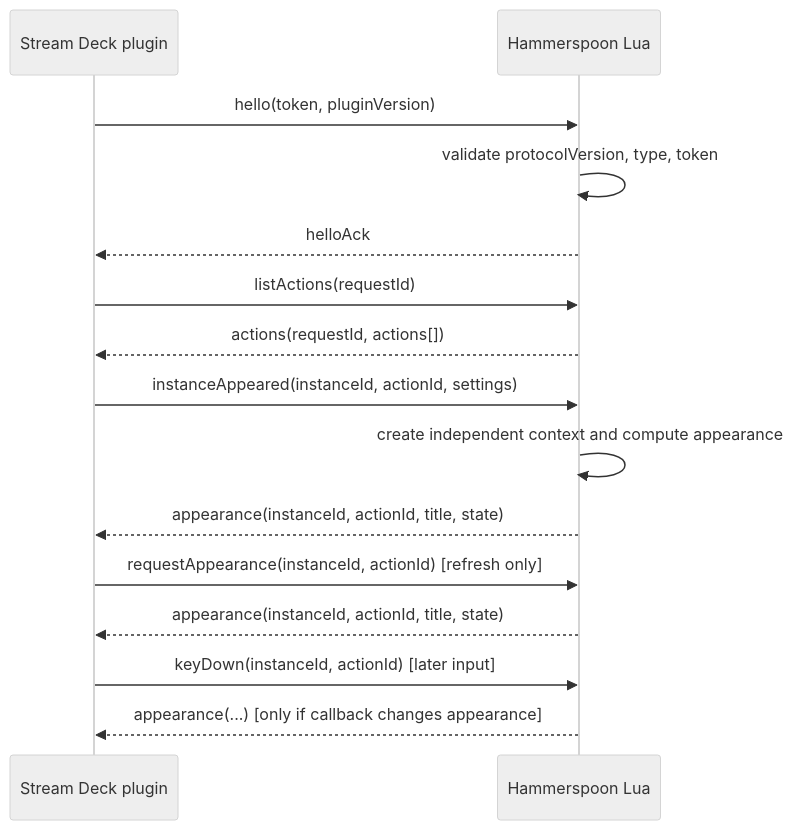
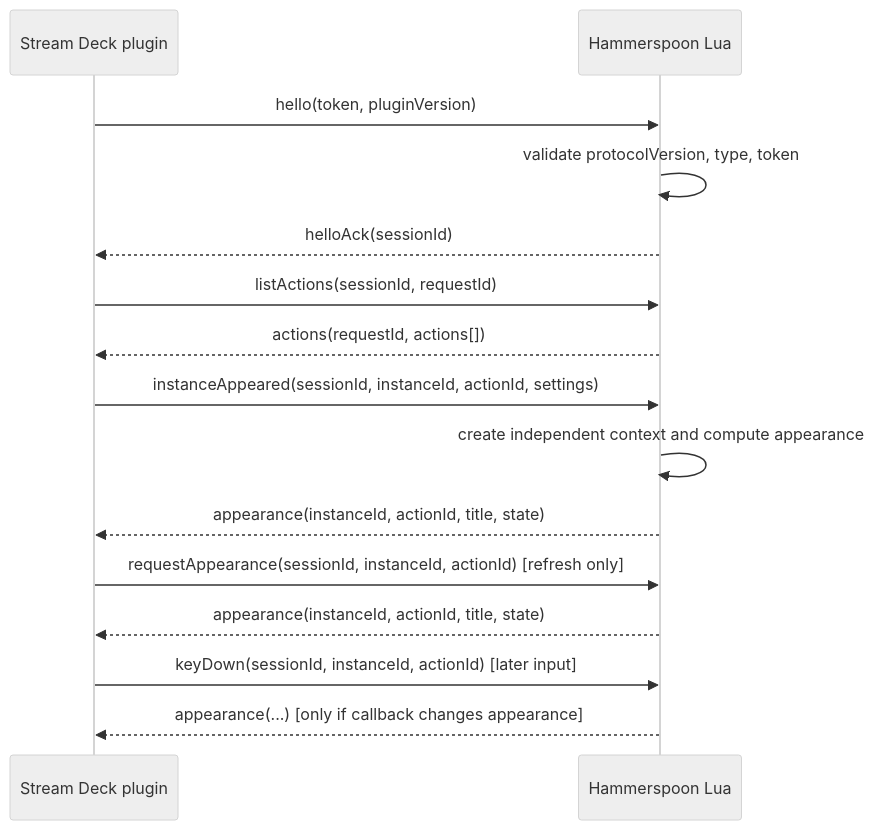
One commit to brettinternet/stream-deck-hammerspoon changed the second of 3 diagrams in docs/protocol.md. Above: the diagram before and after it, drawn with Mermaid (neutral theme). The commit also changed other lines of this file and 22 other files, not shown here.

````diff
--- a/docs/protocol.md
+++ b/docs/protocol.md
@@ -273,17 +281,17 @@
 ```mermaid
 sequenceDiagram
     participant P as Stream Deck plugin
     participant L as Hammerspoon Lua
     P->>L: hello(token, pluginVersion)
     L->>L: validate protocolVersion, type, token
-    L-->>P: helloAck
-    P->>L: listActions(requestId)
+    L-->>P: helloAck(sessionId)
+    P->>L: listActions(sessionId, requestId)
     L-->>P: actions(requestId, actions[])
-    P->>L: instanceAppeared(instanceId, actionId, settings)
+    P->>L: instanceAppeared(sessionId, instanceId, actionId, settings)
     L->>L: create independent context and compute appearance
     L-->>P: appearance(instanceId, actionId, title, state)
-    P->>L: requestAppearance(instanceId, actionId) [refresh only]
+    P->>L: requestAppearance(sessionId, instanceId, actionId) [refresh only]
     L-->>P: appearance(instanceId, actionId, title, state)
-    P->>L: keyDown(instanceId, actionId) [later input]
+    P->>L: keyDown(sessionId, instanceId, actionId) [later input]
     L-->>P: appearance(...) [only if callback changes appearance]
 ```
````
